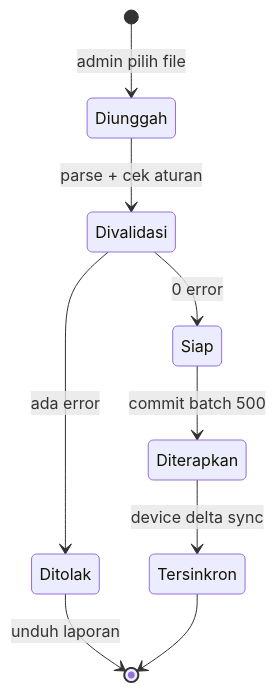
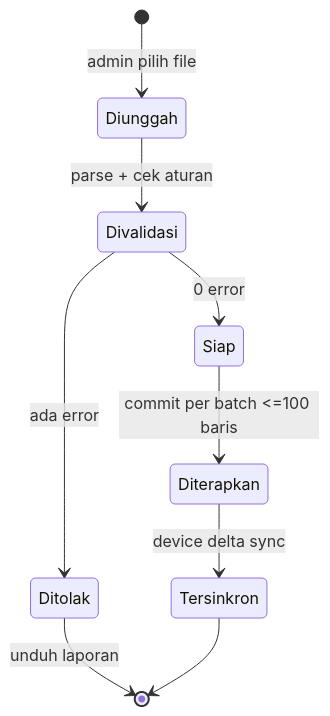
The diagram in docs/product-import-spec.md (prabowonazar/wms), drawn with Mermaid before and after one commit. The commit also changed other lines of this file and 4 other files, not shown here.

First line of the commit message:
VS-1: kuota impor per file, bukan per batch

````diff
--- a/docs/product-import-spec.md
+++ b/docs/product-import-spec.md
@@ -192,11 +211,11 @@
 ```mermaid
 stateDiagram-v2
     [*] --> Diunggah: admin pilih file
     Diunggah --> Divalidasi: parse + cek aturan
     Divalidasi --> Ditolak: ada error
     Divalidasi --> Siap: 0 error
-    Siap --> Diterapkan: commit batch 500
+    Siap --> Diterapkan: commit per batch <=100 baris
     Diterapkan --> Tersinkron: device delta sync
     Ditolak --> [*]: unduh laporan
     Tersinkron --> [*]
 ```
````
